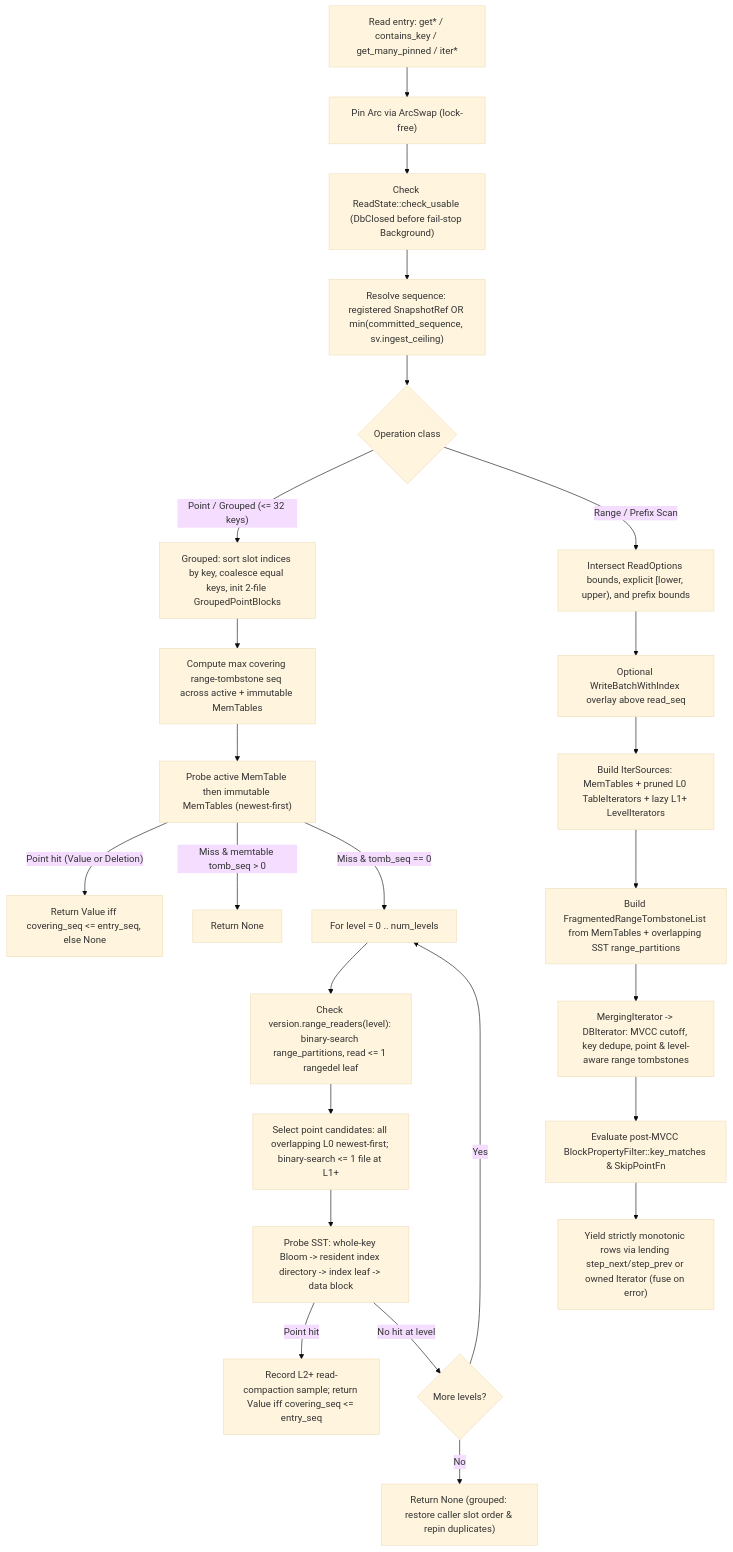
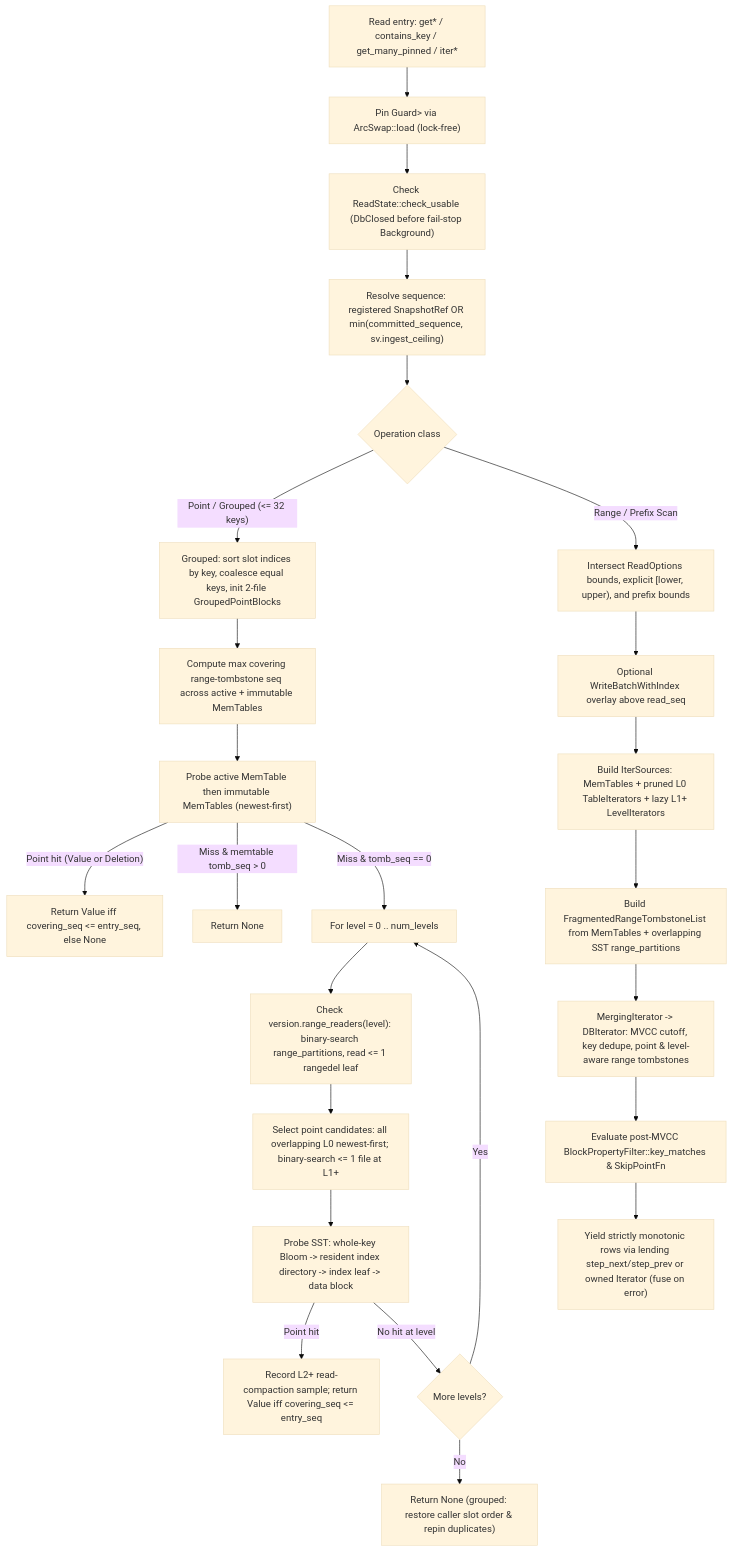
One commit to rust-util-collections/mmdb changed the fifth of 9 diagrams in docs/architecture.md. Above: the diagram before and after it, drawn with Mermaid (base theme). The commit also changed other lines of this file and 23 other files, not shown here.

````diff
--- a/docs/architecture.md
+++ b/docs/architecture.md
@@ -358,30 +356,30 @@
 ```mermaid
 flowchart TD
-    R0["Read entry: get* / contains_key / get_many_pinned / iter*"] --> R1["Pin Arc<SuperVersion> via ArcSwap (lock-free)"]
+    R0["Read entry: get* / contains_key / get_many_pinned / iter*"] --> R1["Pin Guard<Arc<SuperVersion>> via ArcSwap::load (lock-free)"]
     R1 --> R2["Check ReadState::check_usable (DbClosed before fail-stop Background)"]
     R2 --> R3["Resolve sequence: registered SnapshotRef OR min(committed_sequence, sv.ingest_ceiling)"]
     R3 --> KIND{"Operation class"}
 
     KIND -- "Point / Grouped (<= 32 keys)" --> GP["Grouped: sort slot indices by key, coalesce equal keys, init 2-file GroupedPointBlocks"]
     GP --> MT_TOMB["Compute max covering range-tombstone seq across active + immutable MemTables"]
     MT_TOMB --> MT_PROBE["Probe active MemTable then immutable MemTables (newest-first)"]
     MT_PROBE -- "Point hit (Value or Deletion)" --> RES_MEM["Return Value iff covering_seq <= entry_seq, else None"]
     MT_PROBE -- "Miss & memtable tomb_seq > 0" --> NONE_EARLY["Return None"]
     MT_PROBE -- "Miss & tomb_seq == 0" --> LVL["For level = 0 .. num_levels"]
 
     LVL --> RDEL["Check version.range_readers(level): binary-search range_partitions, read <= 1 rangedel leaf"]
     RDEL --> CAND["Select point candidates: all overlapping L0 newest-first; binary-search <= 1 file at L1+"]
     CAND --> PROBE["Probe SST: whole-key Bloom -> resident index directory -> index leaf -> data block"]
     PROBE -- "Point hit" --> RES_SST["Record L2+ read-compaction sample; return Value iff covering_seq <= entry_seq"]
     PROBE -- "No hit at level" --> NEXT_LVL{"More levels?"}
     NEXT_LVL -- "Yes" --> LVL
     NEXT_LVL -- "No" --> NONE_END["Return None (grouped: restore caller slot order & repin duplicates)"]
 
     KIND -- "Range / Prefix Scan" --> BOUNDS["Intersect ReadOptions bounds, explicit [lower, upper), and prefix bounds"]
     BOUNDS --> OVERLAY["Optional WriteBatchWithIndex overlay above read_seq"]
     OVERLAY --> SOURCES["Build IterSources: MemTables + pruned L0 TableIterators + lazy L1+ LevelIterators"]
     SOURCES --> TOMB_LIST["Build FragmentedRangeTombstoneList from MemTables + overlapping SST range_partitions"]
     TOMB_LIST --> MERGE["MergingIterator -> DBIterator: MVCC cutoff, key dedupe, point & level-aware range tombstones"]
     MERGE --> POST_FILT["Evaluate post-MVCC BlockPropertyFilter::key_matches & SkipPointFn"]
     POST_FILT --> YIELD["Yield strictly monotonic rows via lending step_next/step_prev or owned Iterator (fuse on error)"]
 ```
````
